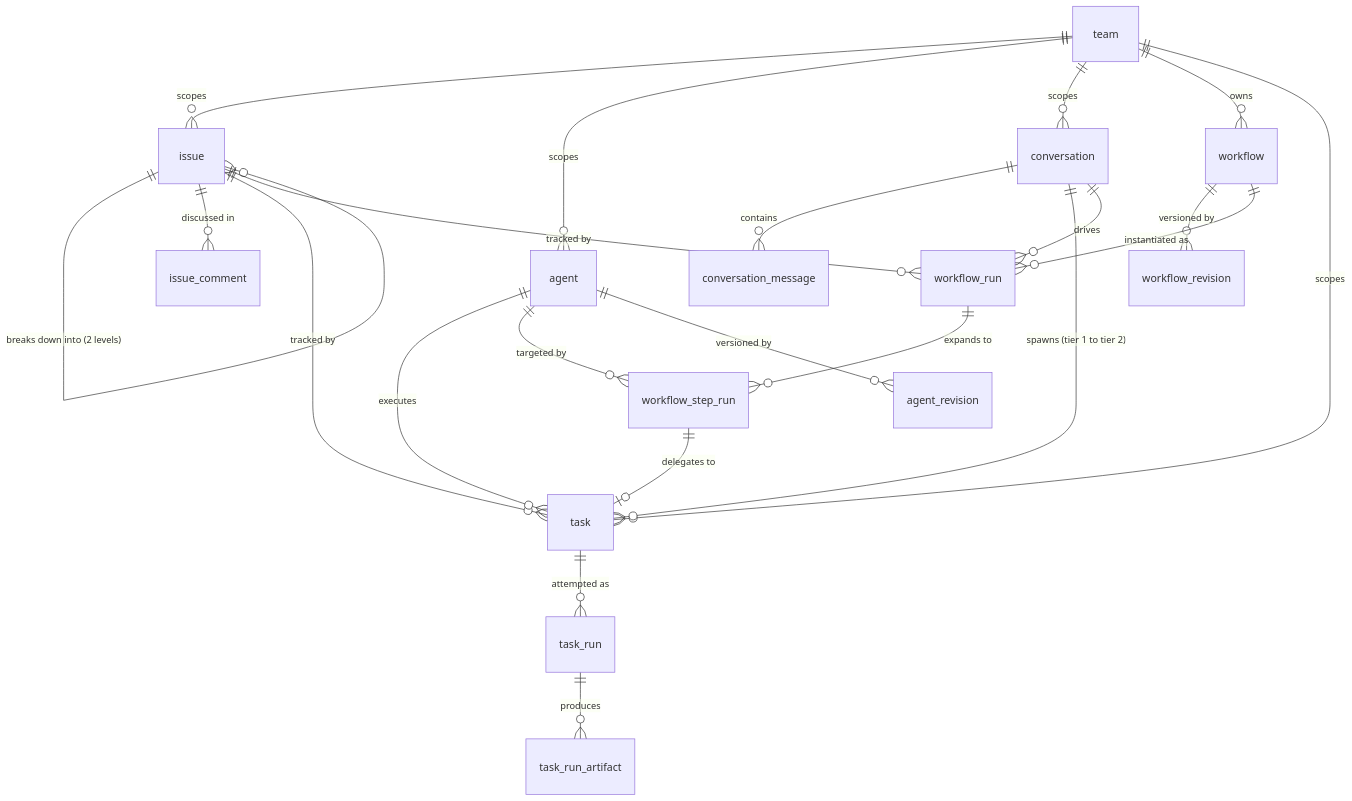
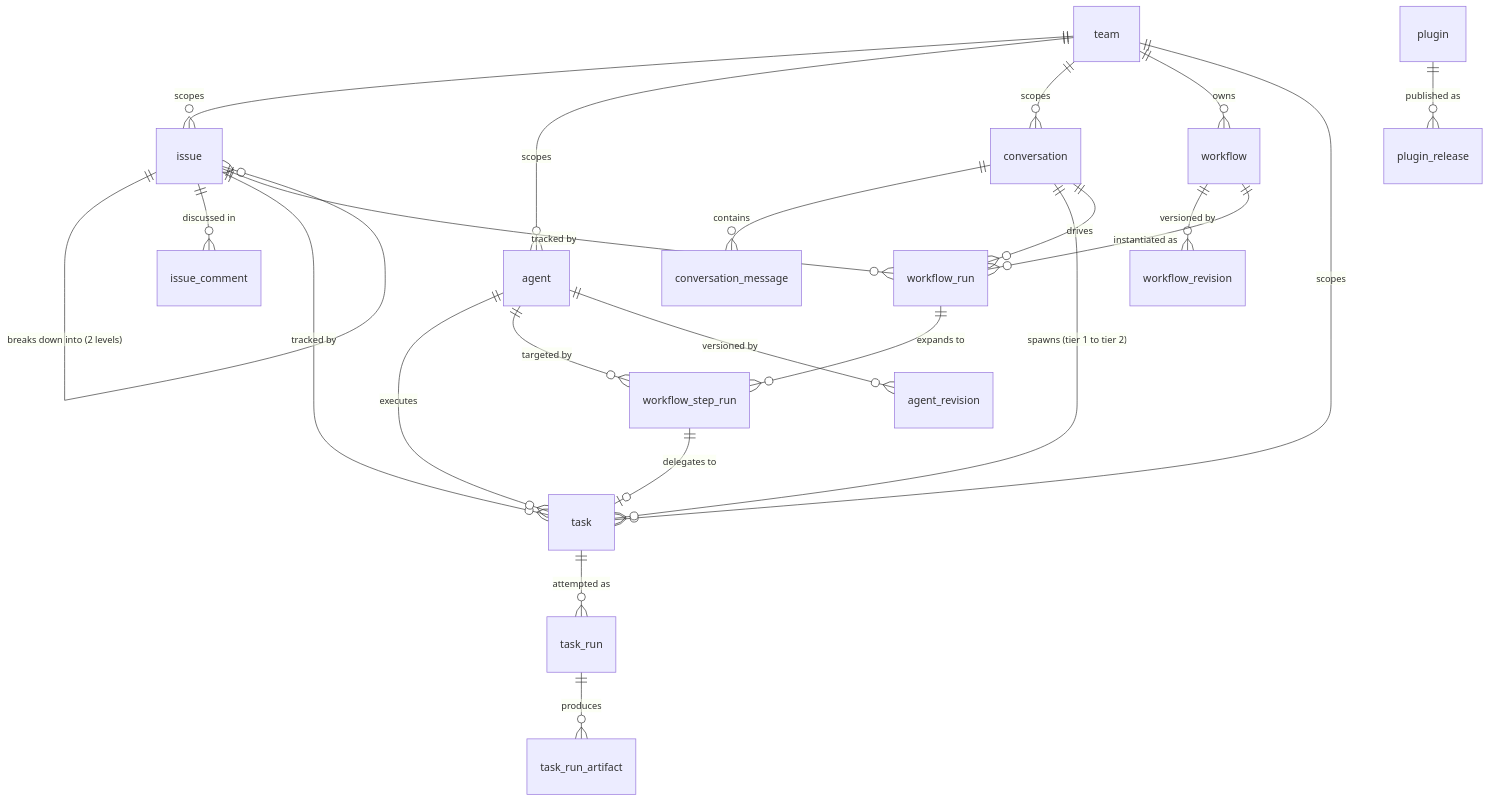
Before and after one commit to gougoujiang/buildmax: the first of 2 diagrams in docs/contribute/architecture/data-model.md, drawn with Mermaid. The commit also changed other lines of this file and 6 other files, not shown here.

First line of the commit message:
Add the plugin catalog to the domain model and the schema

````diff
--- a/docs/contribute/architecture/data-model.md
+++ b/docs/contribute/architecture/data-model.md
@@ -70,29 +70,31 @@
 ```mermaid
 erDiagram
     team ||--o{ issue : scopes
     team ||--o{ agent : scopes
     team ||--o{ conversation : scopes
     team ||--o{ workflow : owns
     team ||--o{ task : scopes
 
     conversation ||--o{ conversation_message : contains
     conversation ||--o{ task : "spawns (tier 1 to tier 2)"
     conversation ||--o{ workflow_run : drives
 
     issue ||--o{ issue : "breaks down into (2 levels)"
     issue ||--o{ issue_comment : "discussed in"
     issue ||--o{ task : "tracked by"
     issue ||--o{ workflow_run : "tracked by"
 
     agent ||--o{ task : executes
     agent ||--o{ workflow_step_run : "targeted by"
     agent ||--o{ agent_revision : "versioned by"
     workflow ||--o{ workflow_revision : "versioned by"
 
+    plugin ||--o{ plugin_release : "published as"
+
     task ||--o{ task_run : "attempted as"
     task_run ||--o{ task_run_artifact : produces
 
     workflow ||--o{ workflow_run : "instantiated as"
     workflow_run ||--o{ workflow_step_run : "expands to"
     workflow_step_run ||--o| task : "delegates to"
 ```
````
